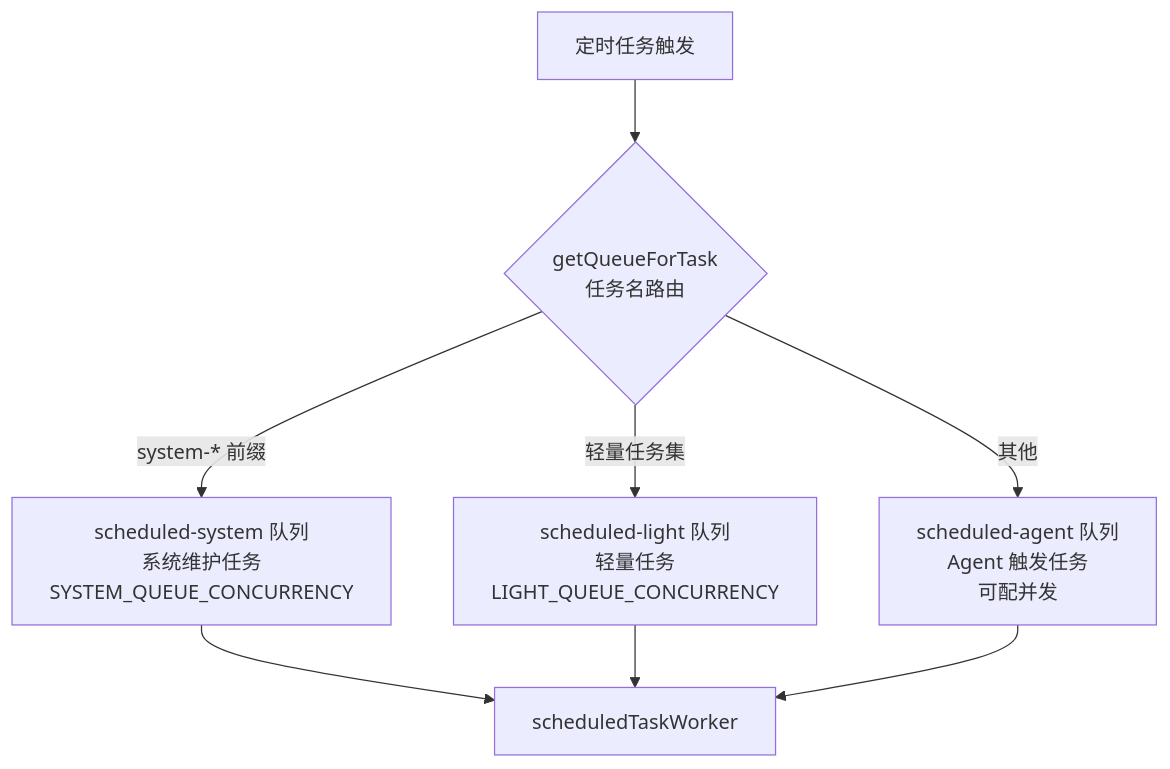
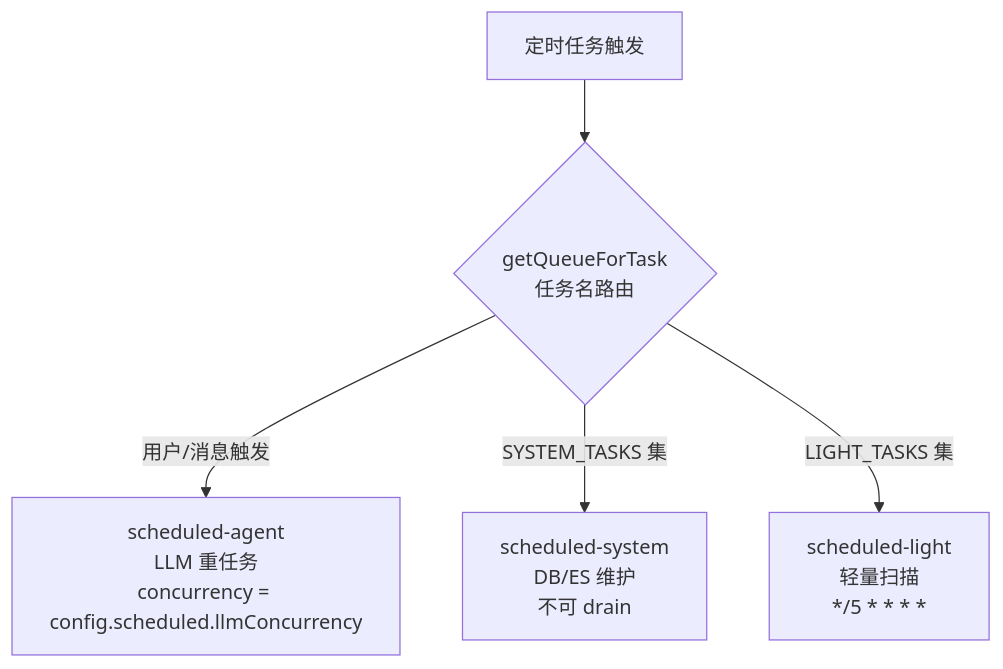
One commit to GGwujun/deep-dive-winmatrix changed the second of 4 diagrams in src/part9-background/ch24-scheduled-tasks.md. Above: the diagram before and after it, drawn with Mermaid. The commit also changed other lines of this file and 35 other files, not shown here.

````diff
--- a/src/part9-background/ch24-scheduled-tasks.md
+++ b/src/part9-background/ch24-scheduled-tasks.md
@@ -119,19 +147,12 @@
 ```mermaid
 graph TB
-    TASK["定时任务触发"]
-
+    TRIGGER["定时任务触发"]
     ROUTE{"getQueueForTask<br/>任务名路由"}
-
-    SYS["scheduled-system 队列<br/>系统维护任务<br/>SYSTEM_QUEUE_CONCURRENCY"]
-    LIGHT["scheduled-light 队列<br/>轻量任务<br/>LIGHT_QUEUE_CONCURRENCY"]
-    AGENT["scheduled-agent 队列<br/>Agent 触发任务<br/>可配并发"]
-
-    TASK --> ROUTE
-    ROUTE -->|"system-* 前缀"| SYS
-    ROUTE -->|"轻量任务集"| LIGHT
-    ROUTE -->|"其他"| AGENT
-
-    SYS --> W1["scheduledTaskWorker"]
-    LIGHT --> W1
-    AGENT --> W1
+    AGENT["scheduled-agent<br/>LLM 重任务<br/>concurrency = config.scheduled.llmConcurrency"]
+    SYS["scheduled-system<br/>DB/ES 维护<br/>不可 drain"]
+    LIGHT["scheduled-light<br/>轻量扫描<br/>*/5 * * * *"]
+    TRIGGER --> ROUTE
+    ROUTE -->|"用户/消息触发"| AGENT
+    ROUTE -->|"SYSTEM_TASKS 集"| SYS
+    ROUTE -->|"LIGHT_TASKS 集"| LIGHT
 ```
````
